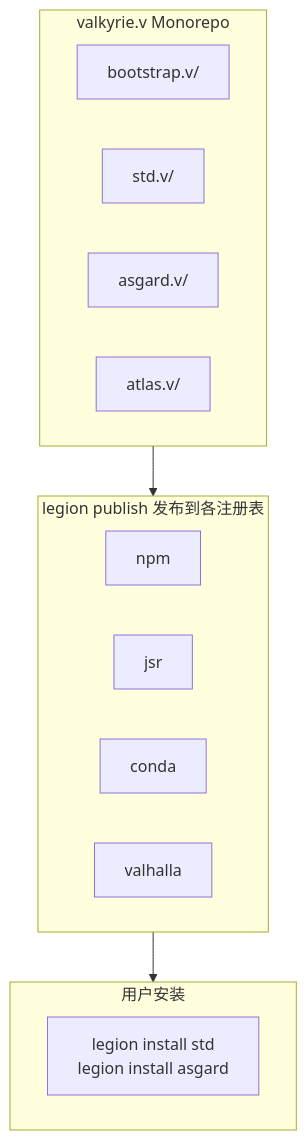
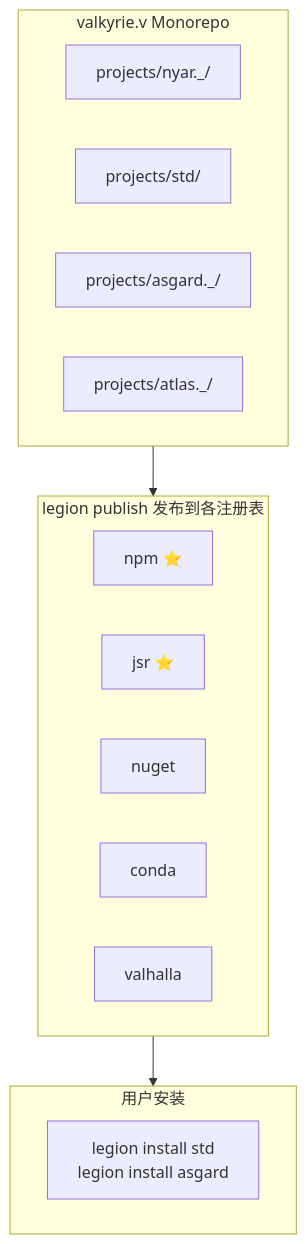
One commit to valkyrie-language/valkyrie.v changed the eighth of 10 diagrams in readme.md. Above: the diagram before and after it, drawn with Mermaid. The commit also changed other lines of this file and 1 other file, not shown here.

````diff
--- a/readme.md
+++ b/readme.md
@@ -369,24 +474,25 @@
 ```mermaid
 flowchart TB
     subgraph Mono["valkyrie.v Monorepo"]
-        Boot["bootstrap.v/"]
-        Std["std.v/"]
-        Asgard["asgard.v/"]
-        Atlas["atlas.v/"]
+        Nyar["projects/nyar._/"]
+        Std["projects/std/"]
+        Asgard["projects/asgard._/"]
+        Atlas["projects/atlas._/"]
     end
 
     subgraph Publish["legion publish 发布到各注册表"]
-        Npm["npm"]
-        Jsr["jsr"]
+        Npm["npm ⭐"]
+        Jsr["jsr ⭐"]
+        Nuget["nuget"]
         Conda["conda"]
         Valhalla["valhalla"]
     end
 
     Mono --> Publish
 
     subgraph Consume["用户安装"]
         User["legion install std<br/>legion install asgard"]
     end
 
     Publish --> Consume
 ```
````
